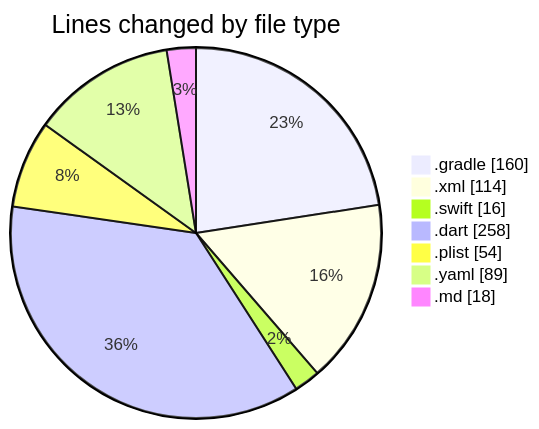
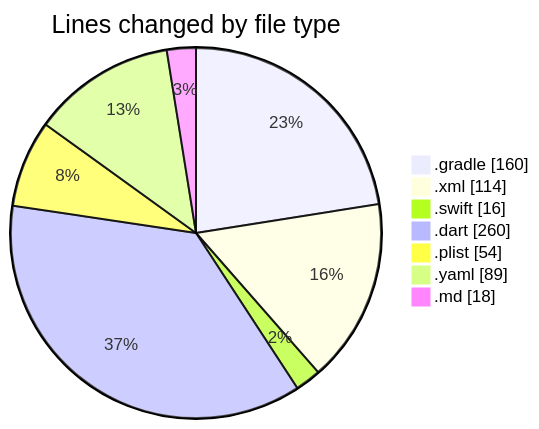
One commit to donsfak/code-tracking changed the first of 2 diagrams in 2025-01-01/uber_clone/README.md. Above: the diagram before and after it, drawn with Mermaid. The commit also changed other lines of this file and 1 other file, not shown here.

````diff
--- a/2025-01-01/uber_clone/README.md
+++ b/2025-01-01/uber_clone/README.md
@@ -30,11 +30,11 @@
 ```mermaid
 pie showData
 title Lines changed by file type
 ".gradle" : 160
 ".xml" : 114
 ".swift" : 16
-".dart" : 258
+".dart" : 260
 ".plist" : 54
 ".yaml" : 89
 ".md" : 18
 ```
````
